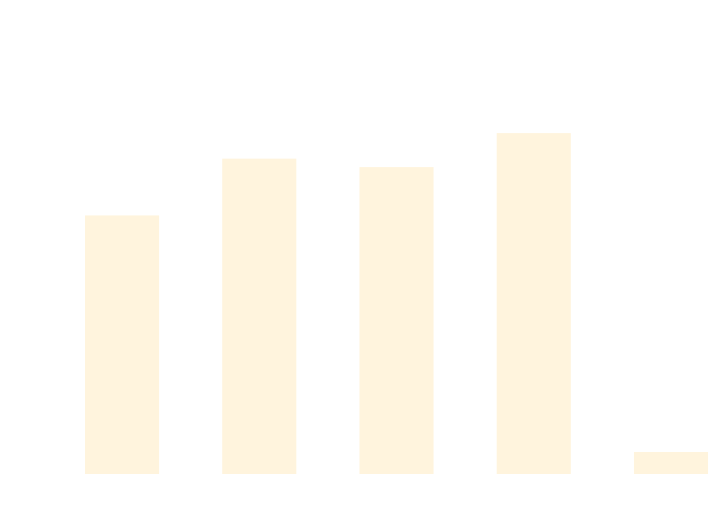
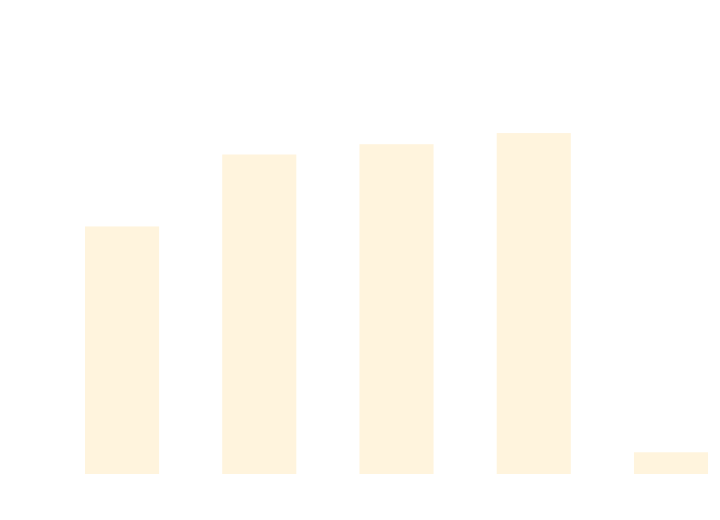
One commit to thomhurst/TUnit changed the diagram in docs/docs/benchmarks/DataDrivenTests.md. Above: the diagram before and after it, drawn with Mermaid. The commit also changed other lines of this file and 17 other files, not shown here.

````diff
--- a/docs/docs/benchmarks/DataDrivenTests.md
+++ b/docs/docs/benchmarks/DataDrivenTests.md
@@ -27,37 +27,37 @@
 ```mermaid
 %%{init: {
   'theme':'base',
   'themeVariables': {
     'primaryColor': '#2563eb',
     'primaryTextColor': '#ffffff',
     'primaryBorderColor': '#1e40af',
     'lineColor': '#6b7280',
     'secondaryColor': '#7c3aed',
     'tertiaryColor': '#dc2626',
     'background': '#ffffff',
     'mainBkg': '#2563eb',
     'secondBkg': '#7c3aed',
     'tertiaryBkg': '#dc2626',
     'clusterBkg': '#f3f4f6',
     'edgeLabelBackground': '#ffffff',
     'tertiaryTextColor': '#1f2937',
     'pie1': '#2563eb',
     'pie2': '#7c3aed',
     'pie3': '#dc2626',
     'pie4': '#f59e0b',
     'pie5': '#10b981',
     'pie6': '#06b6d4',
     'pie7': '#ec4899',
     'pie8': '#6366f1',
     'pie9': '#84cc16',
     'pie10': '#f97316',
     'pie11': '#14b8a6',
     'pie12': '#a855f7'
   }
 }}%%
 xychart-beta
   title "DataDrivenTests Performance Comparison"
   x-axis ["TUnit", "NUnit", "MSTest", "xUnit3", "TUnit_AOT"]
-  y-axis "Time (ms)" 0 --> 716
-  bar [448.08, 550.25, 535, 596.2, 22.53]
+  y-axis "Time (ms)" 0 --> 727
+  bar [434.82, 566.27, 585.03, 605.41, 22.33]
 ```
````
